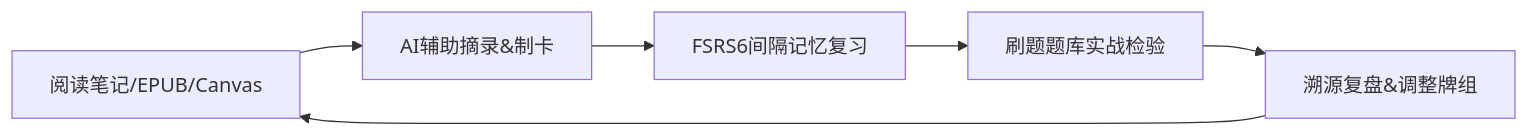
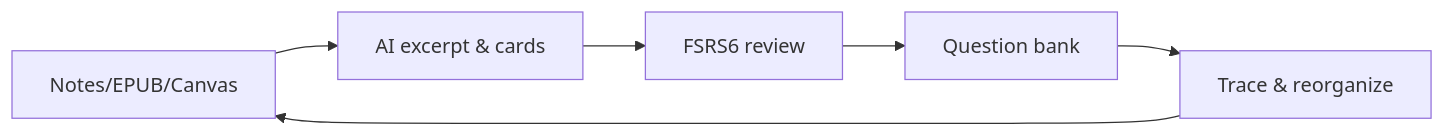
The diagram in README.md (zhuzhige123/obsidian---Tuanki), drawn with Mermaid before and after one commit. The commit also changed other lines of this file and 4 other files, not shown here.

````diff
--- a/README.md
+++ b/README.md
@@ -76,8 +76,8 @@
 ```mermaid
 flowchart LR
-  A[阅读笔记/EPUB/Canvas] --> B[AI辅助摘录&制卡]
-  B --> C[FSRS6间隔记忆复习]
-  C --> D[刷题题库实战检验]
-  D --> E[溯源复盘&调整牌组]
+  A[Notes/EPUB/Canvas] --> B[AI excerpt & cards]
+  B --> C[FSRS6 review]
+  C --> D[Question bank]
+  D --> E[Trace & reorganize]
   E --> A
 ```
````
